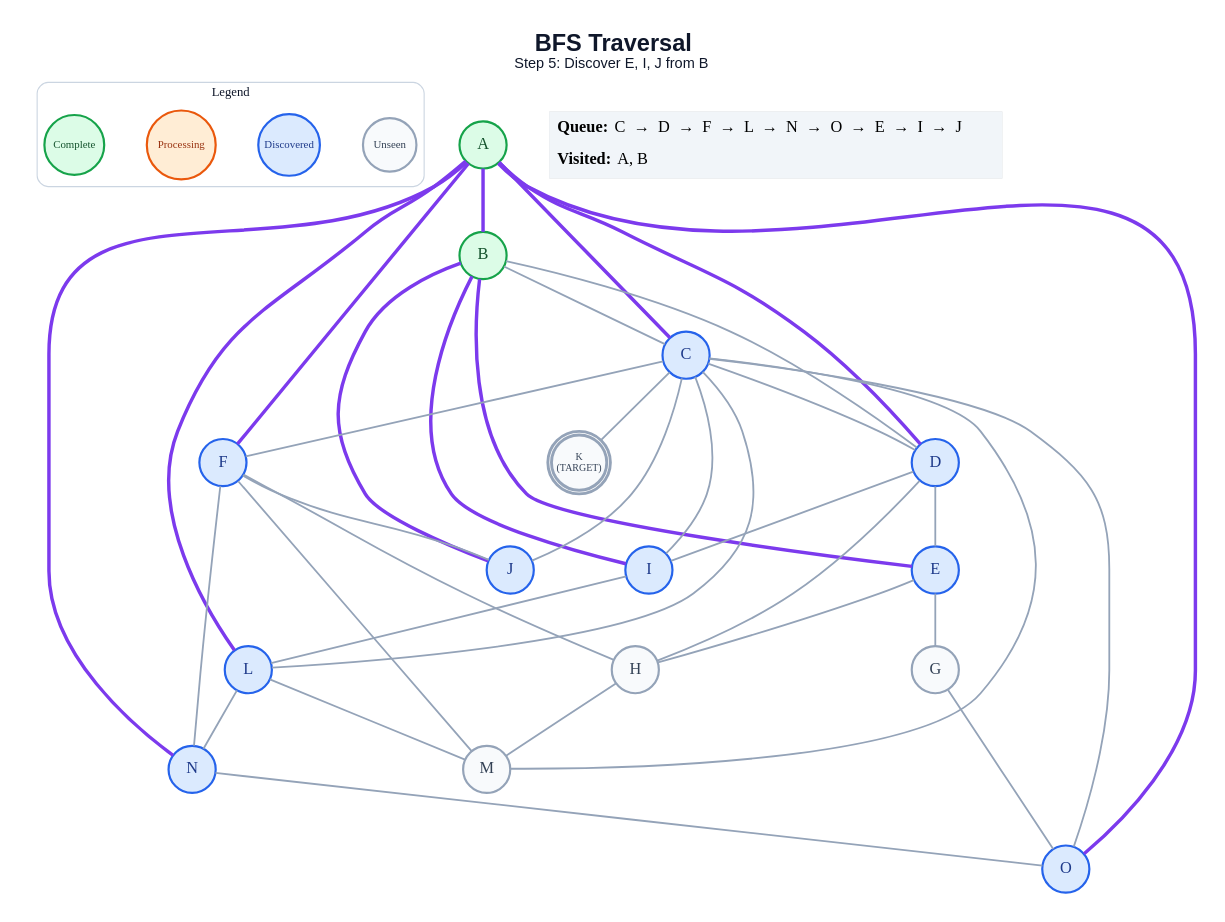
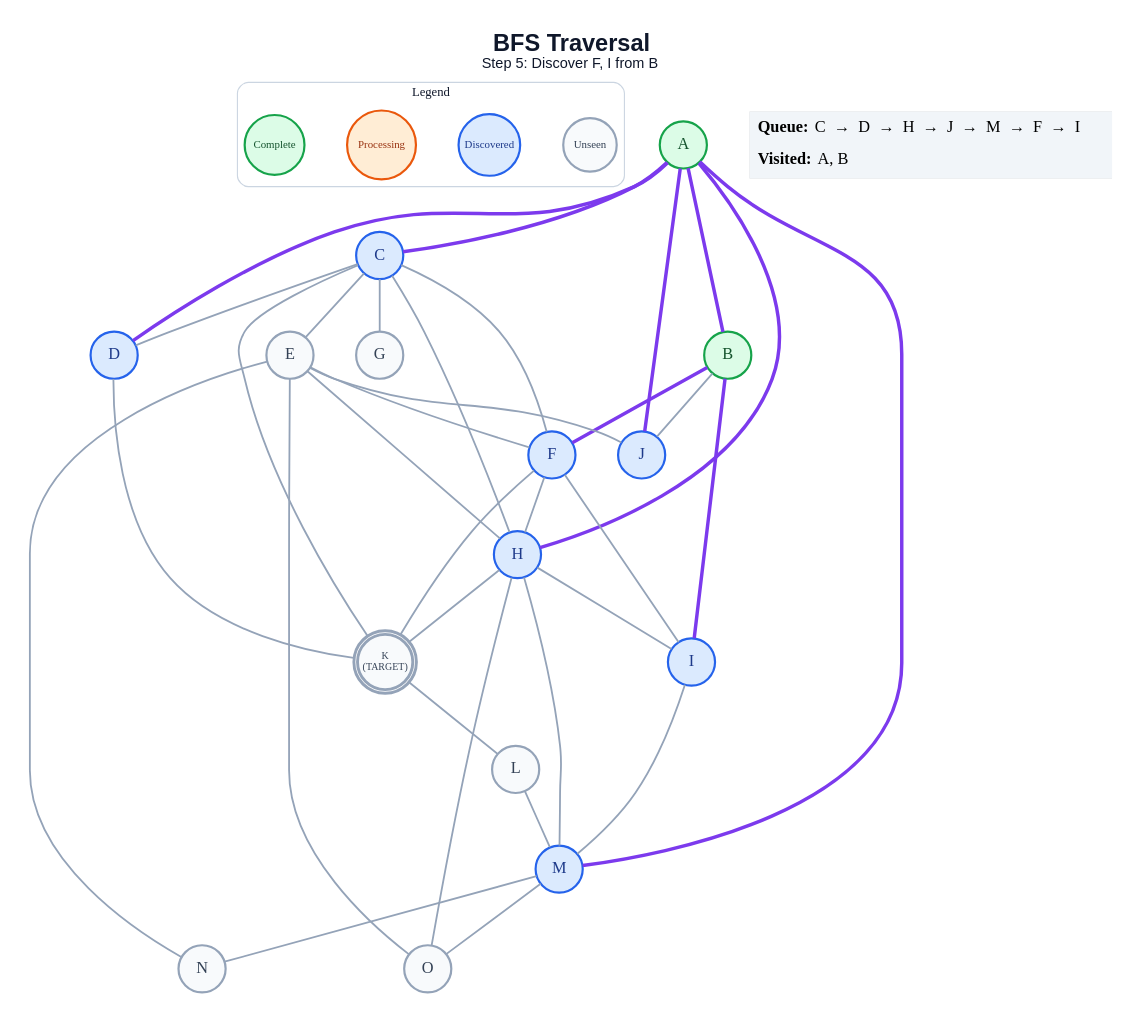
The diagram in generated/short-circuit/bfs/step_05.dot (anon7238593-create/ai-slop), drawn with Graphviz before and after one commit. The commit also changed 265 other files, not shown here.

```diff
--- a/generated/short-circuit/bfs/step_05.dot
+++ b/generated/short-circuit/bfs/step_05.dot
@@ -1,69 +1,67 @@
 graph traversal {
   graph [layout=dot, rankdir=TB, bgcolor="#FFFFFF", pad="0.35", nodesep="0.65", ranksep="0.8", fontname="Arial"];
   node [shape=circle, style="filled", fontname="Arial Bold", fontsize=18, width=0.72, fixedsize=true, penwidth=2.4];
   edge [color="#94A3B8", penwidth=2.0];
-  label=<<B>BFS Traversal</B><BR/><FONT POINT-SIZE="16">Step 5: Discover E, I, J from B</FONT>>; labelloc="t"; fontsize=26; fontname="Arial"; fontcolor="#0F172A";
+  label=<<B>BFS Traversal</B><BR/><FONT POINT-SIZE="16">Step 5: Discover F, I from B</FONT>>; labelloc="t"; fontsize=26; fontname="Arial"; fontcolor="#0F172A";
   subgraph cluster_legend { label="Legend"; color="#CBD5E1"; penwidth=1.2; style="rounded"; fontsize=14; fontname="Arial Bold";
     key_unseen [label="Unseen", fillcolor="#F8FAFC", color="#94A3B8", fontcolor="#334155", fontsize=12, width=0.82];
     key_frontier [label="Discovered", fillcolor="#DBEAFE", color="#2563EB", fontcolor="#1E3A8A", fontsize=12, width=0.95];
     key_current [label="Processing", fillcolor="#FFEDD5", color="#EA580C", fontcolor="#9A3412", fontsize=12, width=1.05];
     key_done [label="Complete", fillcolor="#DCFCE7", color="#16A34A", fontcolor="#14532D", fontsize=12, width=0.92];
     { rank=same; key_unseen; key_frontier; key_current; key_done; }
   }
   A [label="A", fillcolor="#DCFCE7", color="#16A34A", fontcolor="#14532D", peripheries=1, penwidth=2.4];
   B [label="B", fillcolor="#DCFCE7", color="#16A34A", fontcolor="#14532D", peripheries=1, penwidth=2.4];
   C [label="C", fillcolor="#DBEAFE", color="#2563EB", fontcolor="#1E3A8A", peripheries=1, penwidth=2.4];
   D [label="D", fillcolor="#DBEAFE", color="#2563EB", fontcolor="#1E3A8A", peripheries=1, penwidth=2.4];
-  E [label="E", fillcolor="#DBEAFE", color="#2563EB", fontcolor="#1E3A8A", peripheries=1, penwidth=2.4];
+  E [label="E", fillcolor="#F8FAFC", color="#94A3B8", fontcolor="#334155", peripheries=1, penwidth=2.4];
   F [label="F", fillcolor="#DBEAFE", color="#2563EB", fontcolor="#1E3A8A", peripheries=1, penwidth=2.4];
   G [label="G", fillcolor="#F8FAFC", color="#94A3B8", fontcolor="#334155", peripheries=1, penwidth=2.4];
-  H [label="H", fillcolor="#F8FAFC", color="#94A3B8", fontcolor="#334155", peripheries=1, penwidth=2.4];
+  H [label="H", fillcolor="#DBEAFE", color="#2563EB", fontcolor="#1E3A8A", peripheries=1, penwidth=2.4];
   I [label="I", fillcolor="#DBEAFE", color="#2563EB", fontcolor="#1E3A8A", peripheries=1, penwidth=2.4];
   J [label="J", fillcolor="#DBEAFE", color="#2563EB", fontcolor="#1E3A8A", peripheries=1, penwidth=2.4];
   K [label="K\n(TARGET)", fillcolor="#F8FAFC", color="#94A3B8", fontcolor="#334155", peripheries=2, penwidth=3.2, fontsize=11, width=0.85, height=0.85];
-  L [label="L", fillcolor="#DBEAFE", color="#2563EB", fontcolor="#1E3A8A", peripheries=1, penwidth=2.4];
-  M [label="M", fillcolor="#F8FAFC", color="#94A3B8", fontcolor="#334155", peripheries=1, penwidth=2.4];
-  N [label="N", fillcolor="#DBEAFE", color="#2563EB", fontcolor="#1E3A8A", peripheries=1, penwidth=2.4];
-  O [label="O", fillcolor="#DBEAFE", color="#2563EB", fontcolor="#1E3A8A", peripheries=1, penwidth=2.4];
+  L [label="L", fillcolor="#F8FAFC", color="#94A3B8", fontcolor="#334155", peripheries=1, penwidth=2.4];
+  M [label="M", fillcolor="#DBEAFE", color="#2563EB", fontcolor="#1E3A8A", peripheries=1, penwidth=2.4];
+  N [label="N", fillcolor="#F8FAFC", color="#94A3B8", fontcolor="#334155", peripheries=1, penwidth=2.4];
+  O [label="O", fillcolor="#F8FAFC", color="#94A3B8", fontcolor="#334155", peripheries=1, penwidth=2.4];
   A -- B [color="#7C3AED", penwidth=3.8];
   A -- C [color="#7C3AED", penwidth=3.8];
   A -- D [color="#7C3AED", penwidth=3.8];
-  A -- F [color="#7C3AED", penwidth=3.8];
-  A -- L [color="#7C3AED", penwidth=3.8];
-  A -- N [color="#7C3AED", penwidth=3.8];
-  A -- O [color="#7C3AED", penwidth=3.8];
-  B -- C;
-  B -- D;
-  B -- E [color="#7C3AED", penwidth=3.8];
+  A -- H [color="#7C3AED", penwidth=3.8];
+  A -- J [color="#7C3AED", penwidth=3.8];
+  A -- M [color="#7C3AED", penwidth=3.8];
+  B -- F [color="#7C3AED", penwidth=3.8];
   B -- I [color="#7C3AED", penwidth=3.8];
-  B -- J [color="#7C3AED", penwidth=3.8];
+  B -- J;
   C -- D;
+  C -- E;
   C -- F;
-  C -- I;
-  C -- J;
+  C -- G;
+  C -- H;
   C -- K;
-  C -- L;
-  C -- M;
-  C -- O;
-  D -- E;
-  D -- H;
-  D -- I;
-  E -- G;
+  D -- K;
+  E -- F;
   E -- H;
+  E -- J;
+  E -- N;
+  E -- O;
   F -- H;
-  F -- J;
-  F -- M;
-  F -- N;
-  G -- O;
+  F -- I;
+  F -- K;
+  H -- I;
+  H -- K;
   H -- M;
-  I -- L;
+  H -- O;
+  I -- M;
+  K -- L;
   L -- M;
-  L -- N;
-  N -- O;
+  M -- N;
+  M -- O;
   status [shape=plain, fixedsize=false, width=0, height=0, margin=0, label=<
     <TABLE BORDER="0" CELLBORDER="0" CELLPADDING="7" BGCOLOR="#F1F5F9">
-      <TR><TD ALIGN="LEFT"><B>Queue:</B> C  →  D  →  F  →  L  →  N  →  O  →  E  →  I  →  J</TD></TR>
+      <TR><TD ALIGN="LEFT"><B>Queue:</B> C  →  D  →  H  →  J  →  M  →  F  →  I</TD></TR>
       <TR><TD ALIGN="LEFT"><B>Visited:</B> A, B</TD></TR>
     </TABLE>
   >];
 }
```
